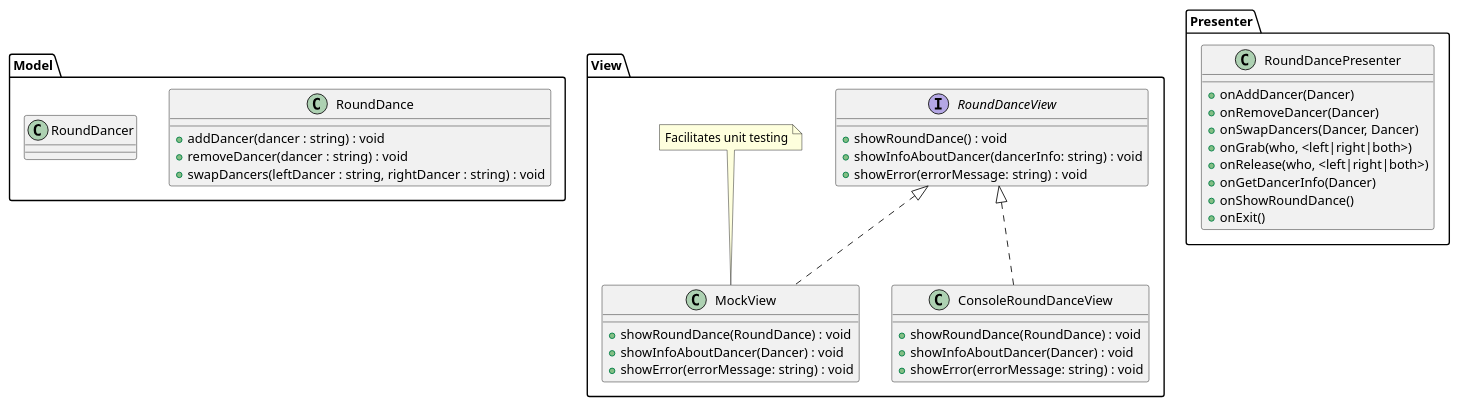
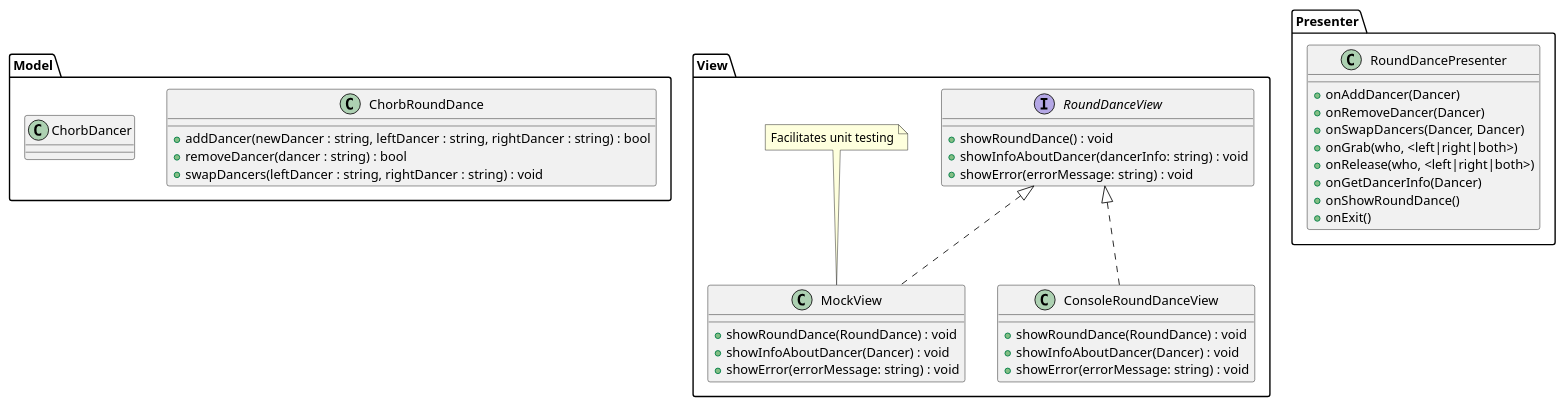
One commit to segoranov/round_dance changed the diagram in class_diagram.plantuml. Above: the diagram before and after it, drawn with PlantUML.

Commit message:
Small fixes in class diagram

```diff
--- a/class_diagram.plantuml
+++ b/class_diagram.plantuml
@@ -1,52 +1,53 @@
 @startuml
 package Model {
 
-class RoundDance{
-+ addDancer(dancer : string) : void
-+ removeDancer(dancer : string) : void
+class ChorbRoundDance{
++ addDancer(newDancer : string, leftDancer : string, rightDancer : string) : bool
++ removeDancer(dancer : string) : bool
 + swapDancers(leftDancer : string, rightDancer : string) : void 
 }
 
-class RoundDancer{
+class ChorbDancer{
 
 }
 
 }
 
 package View {
 
 interface RoundDanceView {
 + showRoundDance() : void
 + showInfoAboutDancer(dancerInfo: string) : void
 + showError(errorMessage: string) : void
 }
 
 class ConsoleRoundDanceView implements RoundDanceView {
 + showRoundDance(RoundDance) : void
 + showInfoAboutDancer(Dancer) : void
 + showError(errorMessage: string) : void
 }
 
 class MockView implements RoundDanceView {
 + showRoundDance(RoundDance) : void
 + showInfoAboutDancer(Dancer) : void
 + showError(errorMessage: string) : void
 }
+
 note top of MockView: Facilitates unit testing
 
 }
 
 package Presenter {
 class RoundDancePresenter {
 + onAddDancer(Dancer)
 + onRemoveDancer(Dancer)
 + onSwapDancers(Dancer, Dancer)
 + onGrab(who, <left|right|both>)
 + onRelease(who, <left|right|both>)
 + onGetDancerInfo(Dancer)
 + onShowRoundDance()
 + onExit()
 }
 
 }
 @enduml
```
